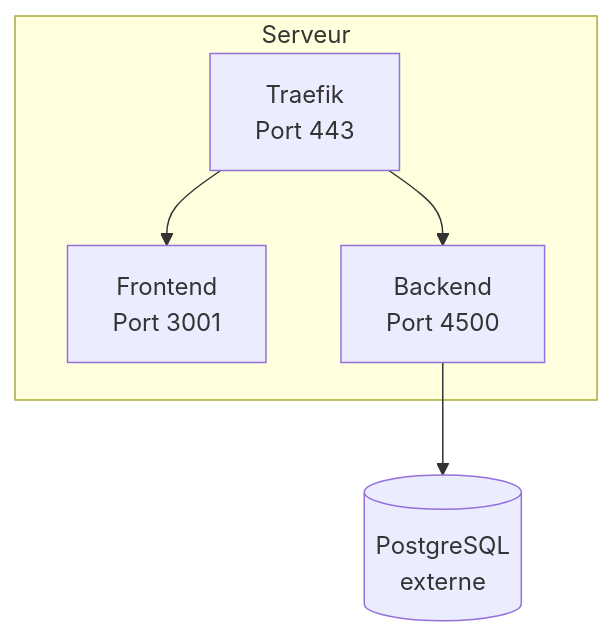
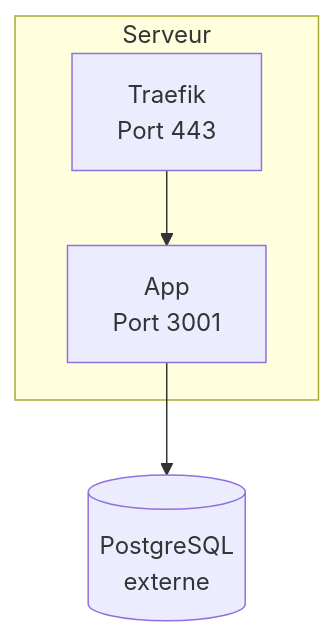
Before and after one commit to alice-444/ls_app: the fifth of 14 diagrams in docs/deploiement.md, drawn with Mermaid. The commit also changed other lines of this file and 8 other files, not shown here.

Commit message:
docs: update application structure and documentation to reflect unified app architecture, including shared components and deployment details

````diff
--- a/docs/deploiement.md
+++ b/docs/deploiement.md
@@ -127,12 +123,10 @@
 ```mermaid
 flowchart TB
   subgraph Serveur
     T[Traefik\nPort 443]
-    F[Frontend\nPort 3001]
-    B[Backend\nPort 4500]
+    A[App\nPort 3001]
   end
   DB[(PostgreSQL\nexterne)]
-  T --> F
-  T --> B
-  B --> DB
+  T --> A
+  A --> DB
 ```
````
